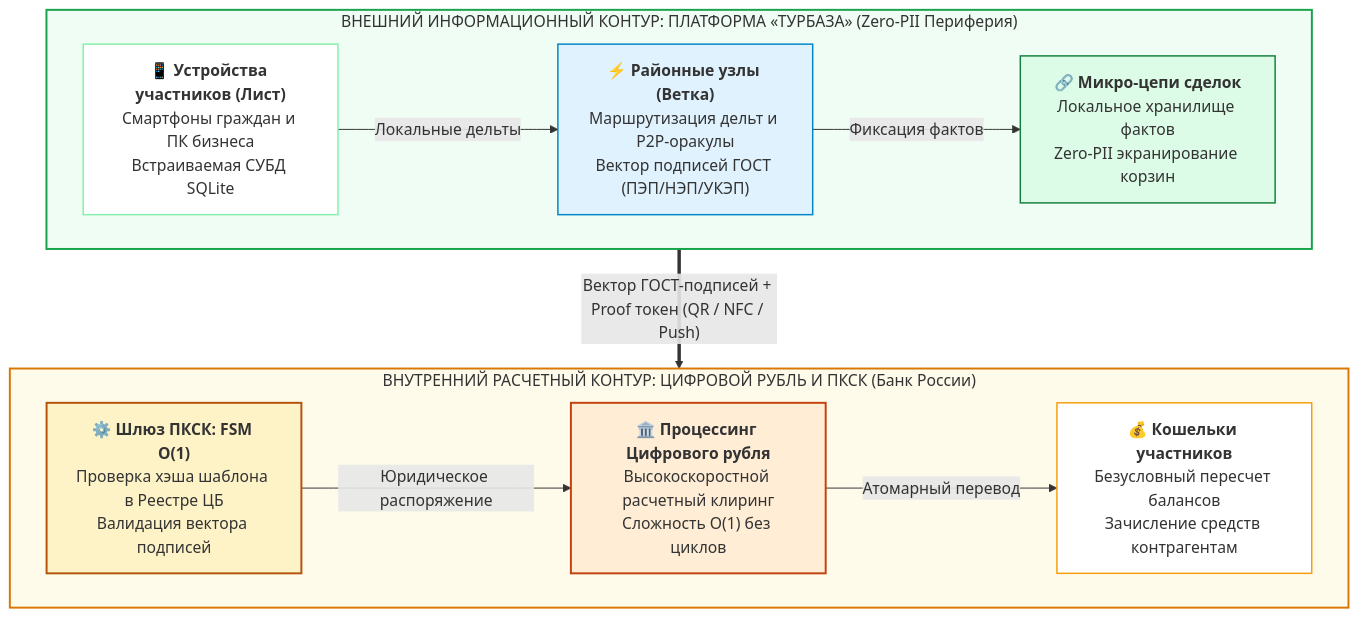
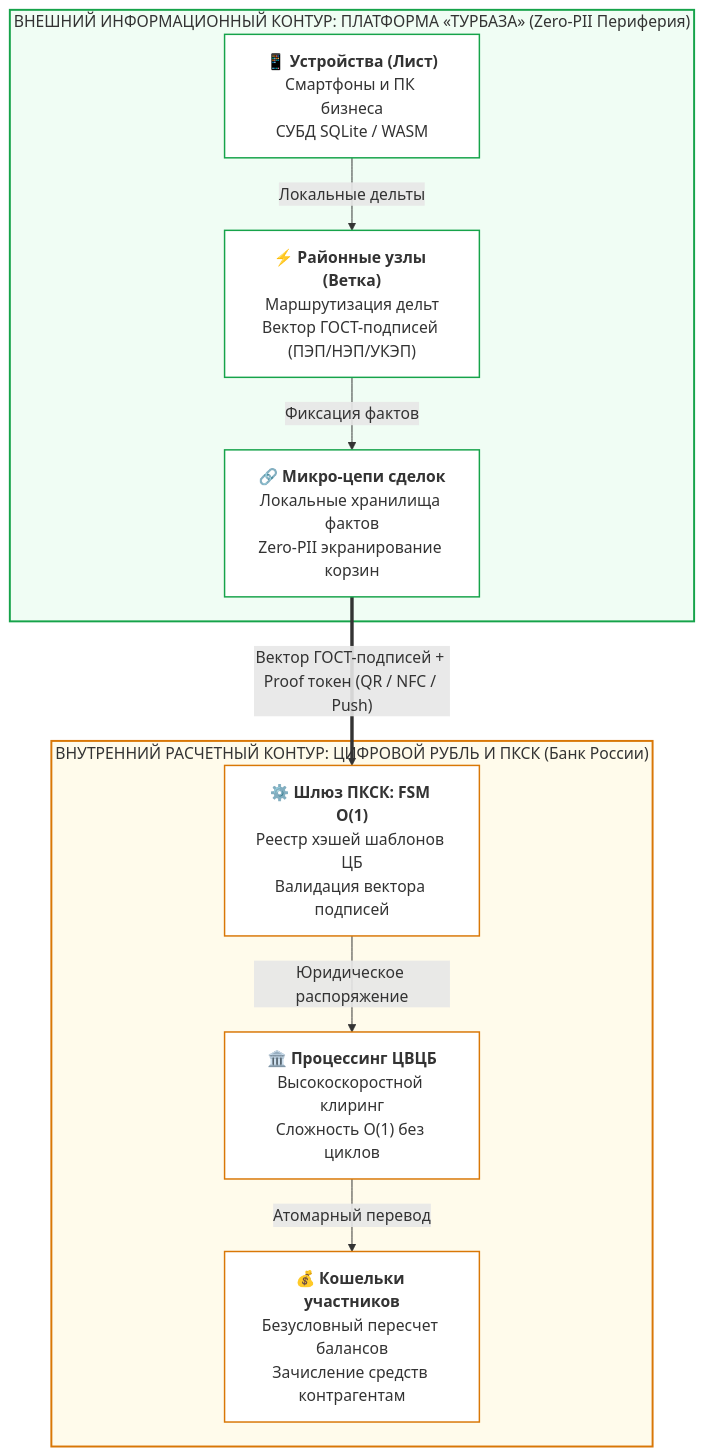
One commit to Data-Independence-Network/presentations changed the second of 7 diagrams in shared_docs/whitepapers/06_cbr_smart_contracts_fsm_whitepaper.md. Above: the diagram before and after it, drawn with Mermaid. The commit also changed other lines of this file and 1 other file, not shown here.

Commit message:
docs(whitepaper-06): perfect publication aesthetics, suppress cover header, add O(1) badge pills and clean sequence lifelines

````diff
--- a/shared_docs/whitepapers/06_cbr_smart_contracts_fsm_whitepaper.md
+++ b/shared_docs/whitepapers/06_cbr_smart_contracts_fsm_whitepaper.md
@@ -157,31 +157,29 @@
 ```mermaid
 flowchart TD
     subgraph UpperLayer ["ВНЕШНИЙ ИНФОРМАЦИОННЫЙ КОНТУР: ПЛАТФОРМА «ТУРБАЗА» (Zero-PII Периферия)"]
-        direction LR
-        Devices["📱 <b>Устройства участников (Лист)</b><br/>Смартфоны граждан и ПК бизнеса<br/>Встраиваемая СУБД SQLite"]
-        Routing["⚡ <b>Районные узлы (Ветка)</b><br/>Маршрутизация дельт и P2P-оракулы<br/>Вектор подписей ГОСТ (ПЭП/НЭП/УКЭП)"]
-        MicroChains["🔗 <b>Микро-цепи сделок</b><br/>Локальное хранилище фактов<br/>Zero-PII экранирование корзин"]
-        Devices -->|"Локальные дельты"| Routing
-        Routing -->|"Фиксация фактов"| MicroChains
+        L1["📱 <b>Устройства (Лист)</b><br/>Смартфоны и ПК бизнеса<br/>СУБД SQLite / WASM"]
+        B1["⚡ <b>Районные узлы (Ветка)</b><br/>Маршрутизация дельт<br/>Вектор ГОСТ-подписей (ПЭП/НЭП/УКЭП)"]
+        M1["🔗 <b>Микро-цепи сделок</b><br/>Локальные хранилища фактов<br/>Zero-PII экранирование корзин"]
+        L1 -->|"Локальные дельты"| B1
+        B1 -->|"Фиксация фактов"| M1
     end
 
     subgraph LowerLayer ["ВНУТРЕННИЙ РАСЧЕТНЫЙ КОНТУР: ЦИФРОВОЙ РУБЛЬ И ПКСК (Банк России)"]
-        direction LR
-        FSMGateway["⚙️ <b>Шлюз ПКСК: FSM O(1)</b><br/>Проверка хэша шаблона в Реестре ЦБ<br/>Валидация вектора подписей"]
-        CBRCore["🏛️ <b>Процессинг Цифрового рубля</b><br/>Высокоскоростной расчетный клиринг<br/>Сложность O(1) без циклов"]
-        Wallets["💰 <b>Кошельки участников</b><br/>Безусловный пересчет балансов<br/>Зачисление средств контрагентам"]
-        FSMGateway -->|"Юридическое распоряжение"| CBRCore
-        CBRCore -->|"Атомарный перевод"| Wallets
+        K1["⚙️ <b>Шлюз ПКСК: FSM O(1)</b><br/>Реестр хэшей шаблонов ЦБ<br/>Валидация вектора подписей"]
+        P1["🏛️ <b>Процессинг ЦВЦБ</b><br/>Высокоскоростной клиринг<br/>Сложность O(1) без циклов"]
+        W1["💰 <b>Кошельки участников</b><br/>Безусловный пересчет балансов<br/>Зачисление средств контрагентам"]
+        K1 -->|"Юридическое распоряжение"| P1
+        P1 -->|"Атомарный перевод"| W1
     end
 
-    MicroChains ==>|"Вектор ГОСТ-подписей + Proof токен (QR / NFC / Push)"| FSMGateway
+    M1 ==>|"Вектор ГОСТ-подписей + Proof токен (QR / NFC / Push)"| K1
 
     style UpperLayer fill:#f0fdf4,stroke:#16a34a,stroke-width:2px
     style LowerLayer fill:#fffbeb,stroke:#d97706,stroke-width:2px
-    style Devices fill:#ffffff,stroke:#86efac,stroke-width:1.5px
-    style Routing fill:#e0f2fe,stroke:#0284c7,stroke-width:1.5px
-    style MicroChains fill:#dcfce7,stroke:#15803d,stroke-width:1.5px
-    style FSMGateway fill:#fef3c7,stroke:#b45309,stroke-width:2px
-    style CBRCore fill:#ffedd5,stroke:#c2410c,stroke-width:2px
-    style Wallets fill:#ffffff,stroke:#f59e0b,stroke-width:1.5px
+    style L1 fill:#ffffff,stroke:#16a34a,stroke-width:1.5px
+    style B1 fill:#ffffff,stroke:#16a34a,stroke-width:1.5px
+    style M1 fill:#ffffff,stroke:#16a34a,stroke-width:1.5px
+    style K1 fill:#ffffff,stroke:#d97706,stroke-width:1.5px
+    style P1 fill:#ffffff,stroke:#d97706,stroke-width:1.5px
+    style W1 fill:#ffffff,stroke:#d97706,stroke-width:1.5px
 ```
````
